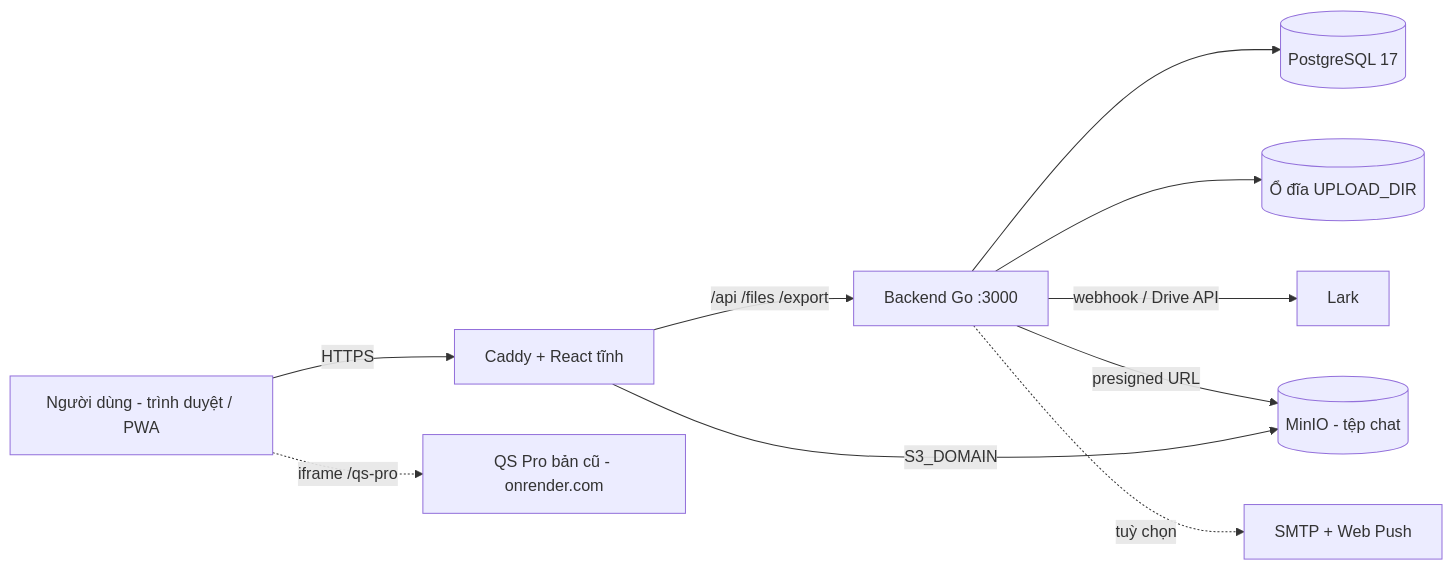
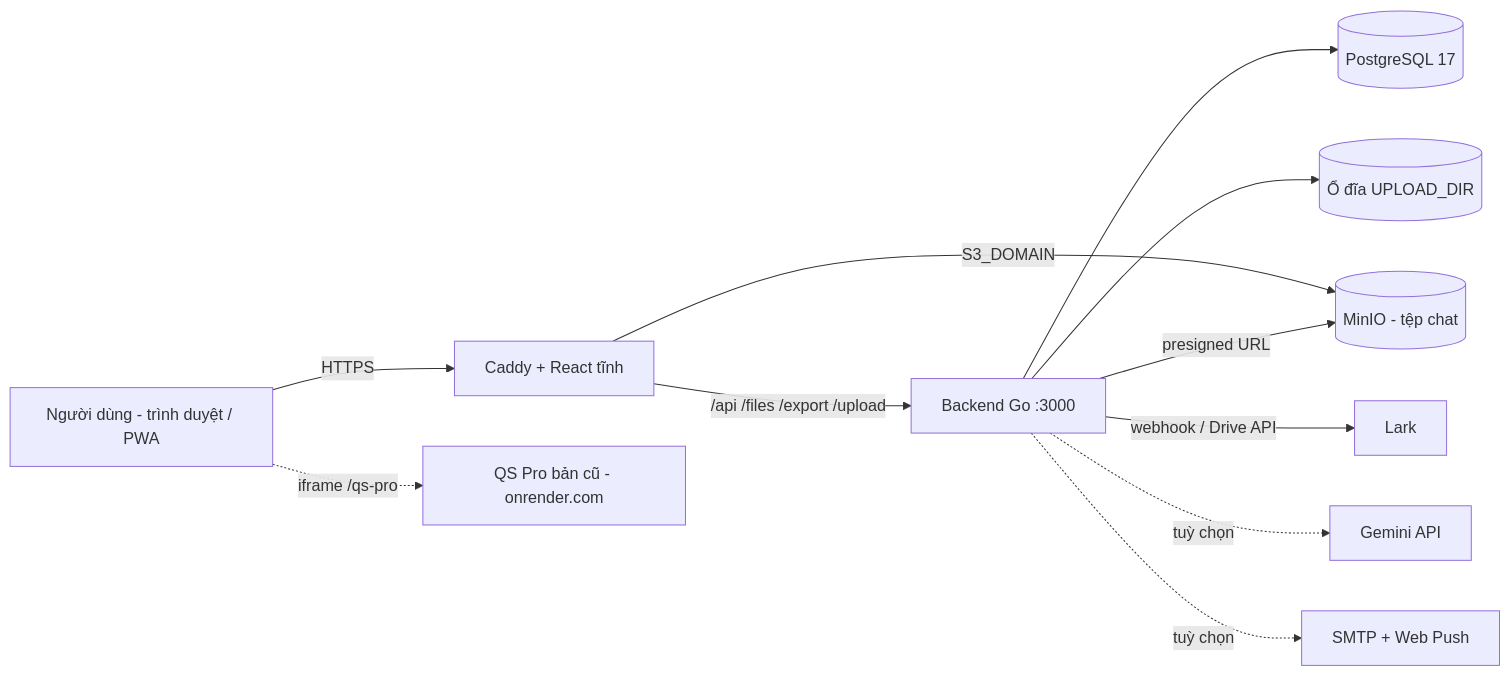
Before and after one commit to DE-design-source/dezon-pro: the first of 5 diagrams in docs/02-ky-thuat/kien-truc/kien-truc-he-thong.md, drawn with Mermaid. The commit also changed other lines of this file and 34 other files, not shown here.

````diff
--- a/docs/02-ky-thuat/kien-truc/kien-truc-he-thong.md
+++ b/docs/02-ky-thuat/kien-truc/kien-truc-he-thong.md
@@ -20,12 +20,13 @@
 ```mermaid
 flowchart LR
   U[Người dùng - trình duyệt / PWA] -->|HTTPS| W[Caddy + React tĩnh]
-  W -->|/api /files /export| A[Backend Go :3000]
+  W -->|/api /files /export /upload| A[Backend Go :3000]
   W -->|S3_DOMAIN| M[(MinIO - tệp chat)]
   A --> P[(PostgreSQL 17)]
   A --> F[(Ổ đĩa UPLOAD_DIR)]
   A -->|presigned URL| M
   A -->|webhook / Drive API| L[Lark]
+  A -.->|tuỳ chọn| G[Gemini API]
   A -.->|tuỳ chọn| S[SMTP + Web Push]
   U -.->|iframe /qs-pro| O[QS Pro bản cũ - onrender.com]
 ```
````
